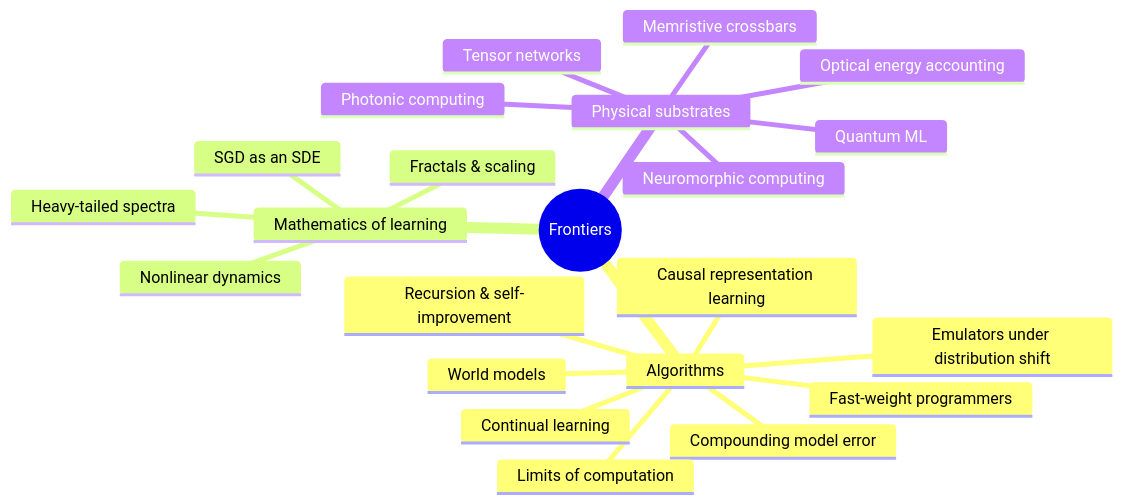
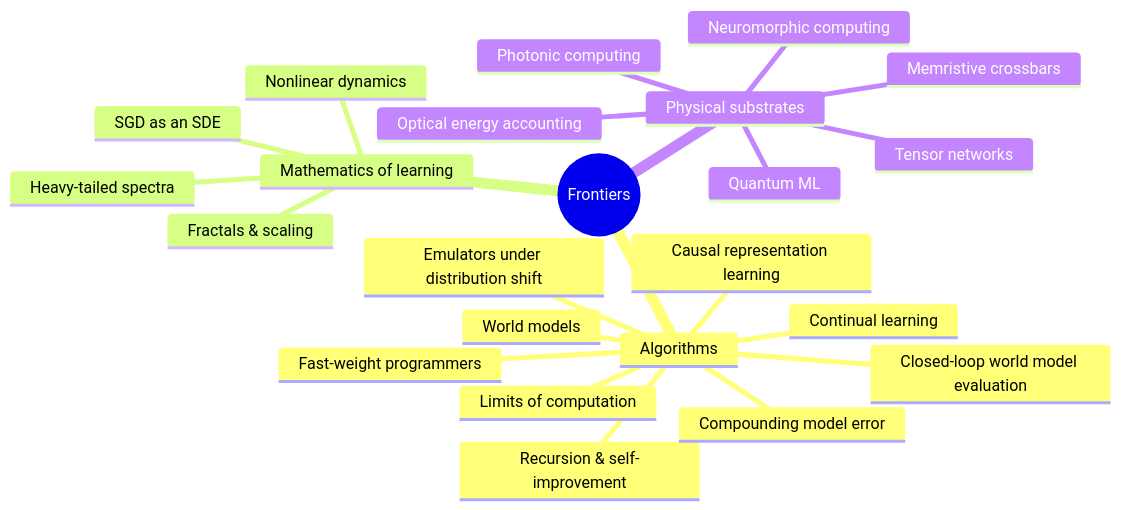
One commit to marcpoliquin5/understanding-ai changed the diagram in docs/06-frontiers/README.md. Above: the diagram before and after it, drawn with Mermaid. The commit also changed other lines of this file and 6 other files, not shown here.

Commit message:
Frontiers: add judging video world models in closed loop page

````diff
--- a/docs/06-frontiers/README.md
+++ b/docs/06-frontiers/README.md
@@ -30,25 +31,26 @@
 ```mermaid
 mindmap
   root((Frontiers))
     Algorithms
       Recursion & self-improvement
       Fast-weight programmers
       World models
       Compounding model error
+      Closed-loop world model evaluation
       Causal representation learning
       Emulators under distribution shift
       Limits of computation
       Continual learning
     Mathematics of learning
       Fractals & scaling
       Heavy-tailed spectra
       Nonlinear dynamics
       SGD as an SDE
     Physical substrates
       Photonic computing
       Optical energy accounting
       Neuromorphic computing
       Memristive crossbars
       Quantum ML
       Tensor networks
 ```
````
